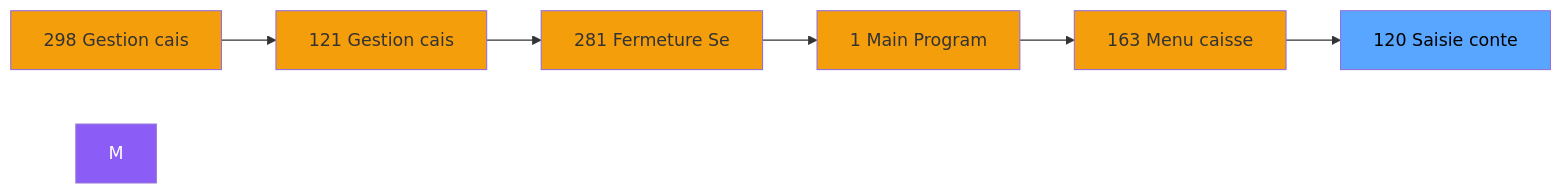
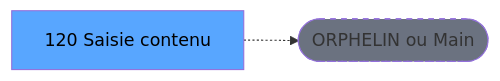
The second of 3 diagrams in .openspec/specs/ADH-IDE-120.md (thonyAGP/lecteur-magic), drawn with Mermaid before and after one commit. The commit also changed other lines of this file and 701 other files, not shown here.

````diff
--- a/.openspec/specs/ADH-IDE-120.md
+++ b/.openspec/specs/ADH-IDE-120.md
@@ -153,21 +143,8 @@
 ```mermaid
 graph LR
-    N298[298 Gestion cais]
-    N121[121 Gestion cais]
-    N281[281 Fermeture Se]
-    N1[1 Main Program]
-    N163[163 Menu caisse ]
-    T[120 Saisie conte]
-    N298 --> N121
-    N121 --> N281
-    N281 --> N1
-    N1 --> N163
-    N163 --> T
-    style M fill:#8b5cf6,color:#fff
-    style N298 fill:#f59e0b
-    style N121 fill:#f59e0b
-    style N281 fill:#f59e0b
-    style N1 fill:#f59e0b
-    style N163 fill:#f59e0b
+    T[120 Saisie contenu ]
+    ORPHAN([ORPHELIN ou Main])
+    T -.-> ORPHAN
     style T fill:#58a6ff,color:#000
+    style ORPHAN fill:#6b7280,stroke-dasharray: 5 5
 ```
````
